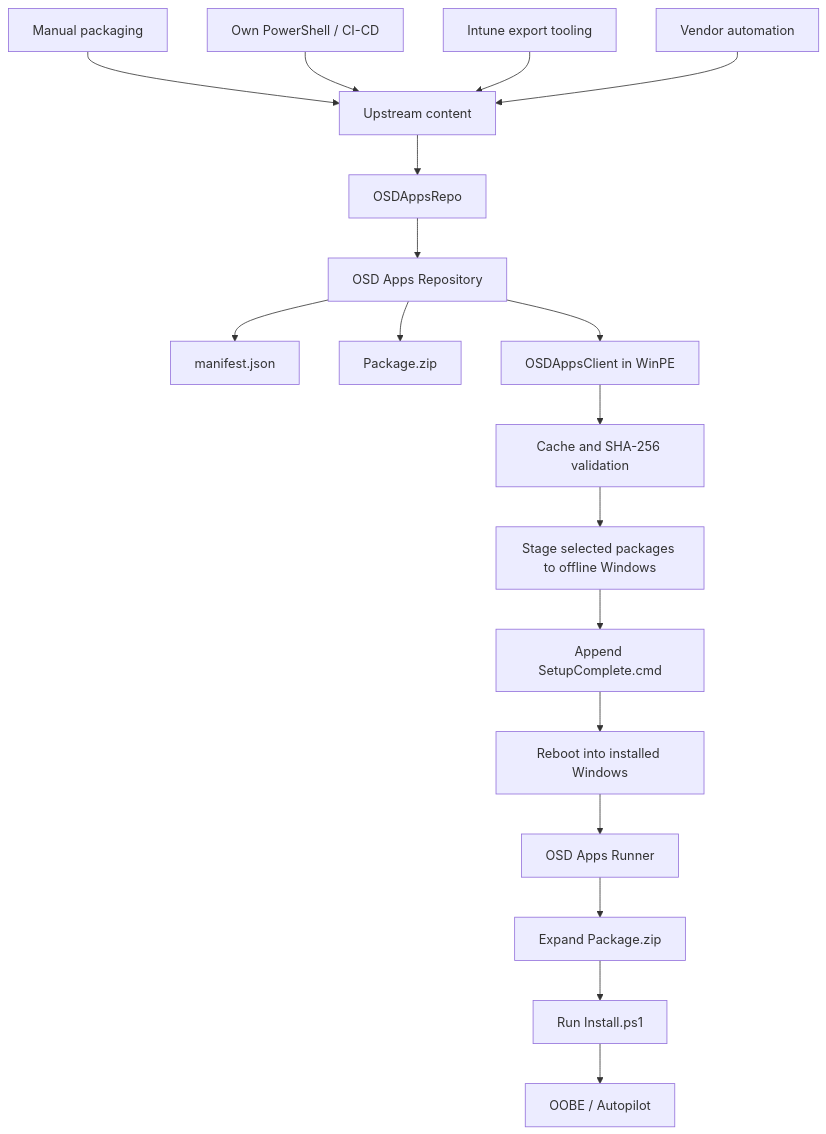
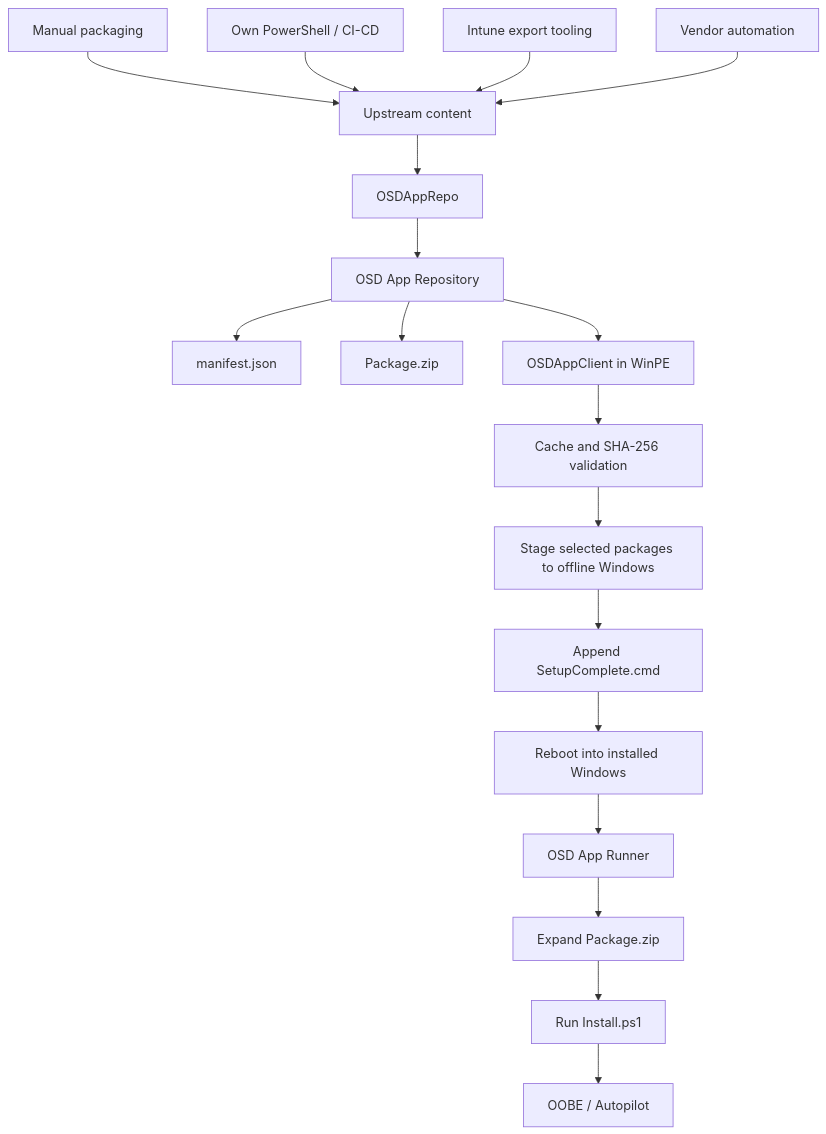
The diagram in ARCHITECTURE.md (roryvossepoel/OSDAppClient), drawn with Mermaid before and after one commit. The commit also changed other lines of this file, not shown here.

Commit message:
Use singular OSDApp naming consistently

````diff
--- a/ARCHITECTURE.md
+++ b/ARCHITECTURE.md
@@ -5,22 +5,22 @@
 ```mermaid
 flowchart TD
-    A[Upstream content] --> B[OSDAppsRepo]
+    A[Upstream content] --> B[OSDAppRepo]
     A1[Manual packaging] --> A
     A2[Own PowerShell / CI-CD] --> A
     A3[Intune export tooling] --> A
     A4[Vendor automation] --> A
 
-    B --> C[OSD Apps Repository]
+    B --> C[OSD App Repository]
     C --> C1[manifest.json]
     C --> C2[Package.zip]
 
-    C --> D[OSDAppsClient in WinPE]
+    C --> D[OSDAppClient in WinPE]
     D --> E[Cache and SHA-256 validation]
     E --> F[Stage selected packages to offline Windows]
     F --> G[Append SetupComplete.cmd]
     G --> H[Reboot into installed Windows]
-    H --> I[OSD Apps Runner]
+    H --> I[OSD App Runner]
     I --> J[Expand Package.zip]
     J --> K[Run Install.ps1]
     K --> L[OOBE / Autopilot]
 ```
````
